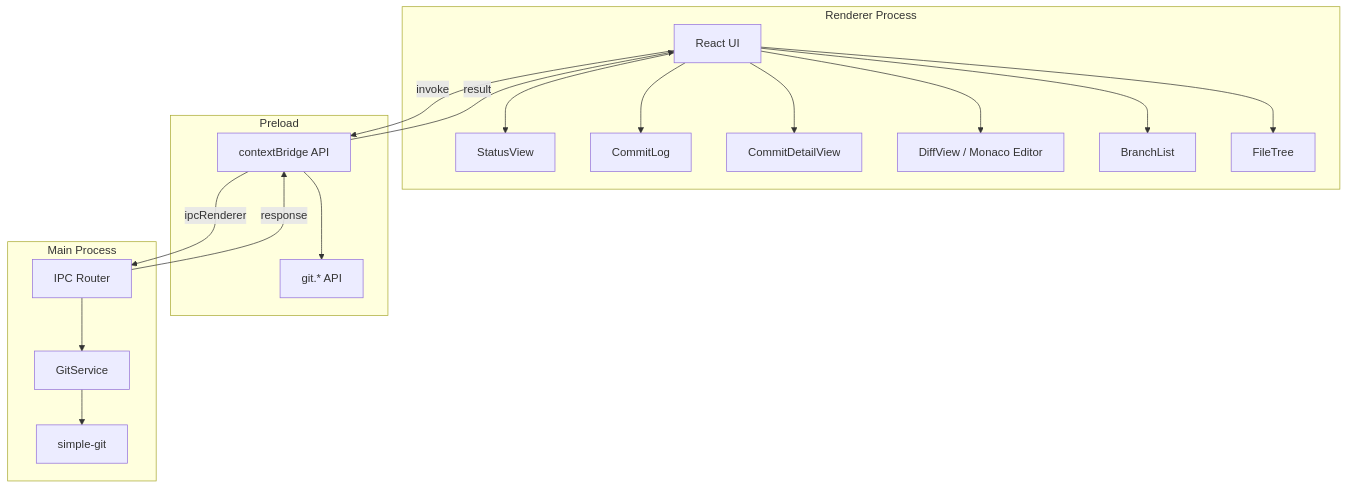
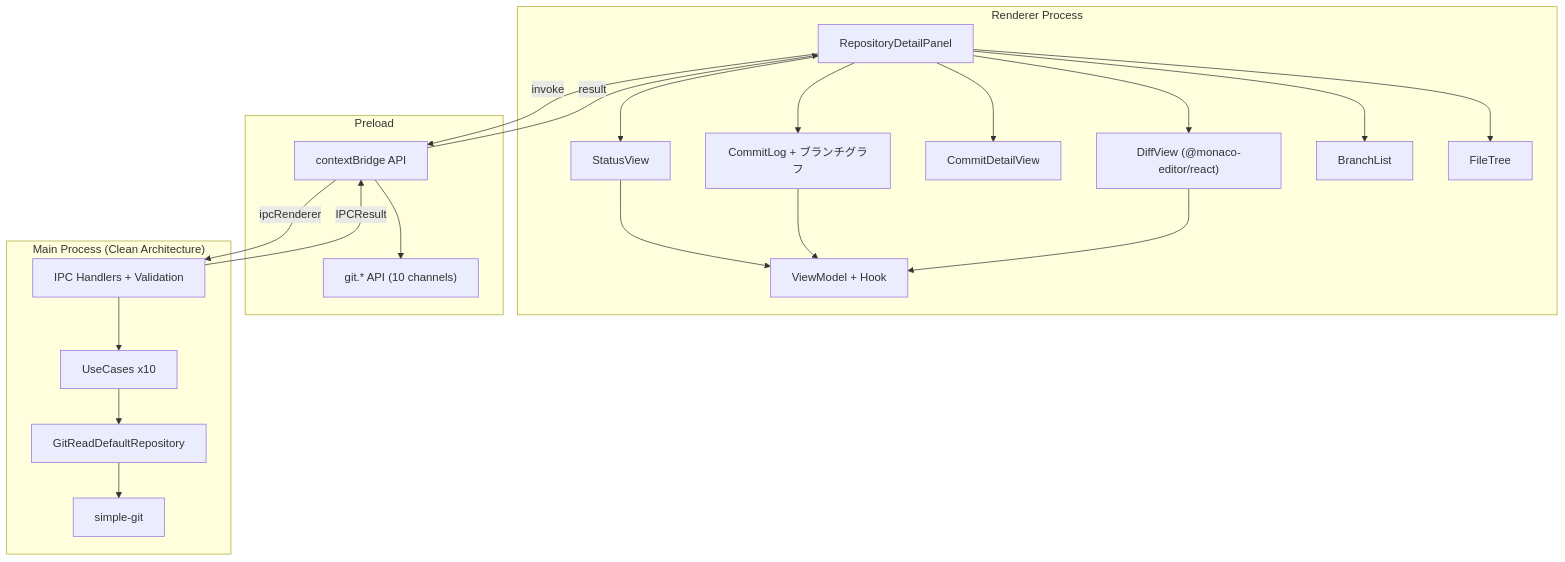
Before and after one commit to ToshikiImagawa/Buruma: the diagram in .sdd/specification/repository-viewer_design.md, drawn with Mermaid. The commit also changed other lines of this file and 89 other files, not shown here.

````diff
--- a/.sdd/specification/repository-viewer_design.md
+++ b/.sdd/specification/repository-viewer_design.md
@@ -90,37 +96,43 @@
 ```mermaid
 graph TD
     subgraph "Renderer Process"
-        React[React UI]
+        Panel[RepositoryDetailPanel]
         StatusView[StatusView]
-        CommitLog[CommitLog]
+        CommitLog[CommitLog + ブランチグラフ]
         CommitDetailView[CommitDetailView]
-        DiffView[DiffView / Monaco Editor]
+        DiffView["DiffView (@monaco-editor/react)"]
         BranchList[BranchList]
         FileTree[FileTree]
-        React --> StatusView
-        React --> CommitLog
-        React --> CommitDetailView
-        React --> DiffView
-        React --> BranchList
-        React --> FileTree
+        VM[ViewModel + Hook]
+        Panel --> StatusView
+        Panel --> CommitLog
+        Panel --> CommitDetailView
+        Panel --> DiffView
+        Panel --> BranchList
+        Panel --> FileTree
+        StatusView --> VM
+        CommitLog --> VM
+        DiffView --> VM
     end
 
     subgraph "Preload"
         Bridge[contextBridge API]
-        GitAPI["git.* API"]
+        GitAPI["git.* API (10 channels)"]
         Bridge --> GitAPI
     end
 
-    subgraph "Main Process"
-        IPCRouter[IPC Router]
-        GitService[GitService]
+    subgraph "Main Process (Clean Architecture)"
+        IPCHandlers[IPC Handlers + Validation]
+        UseCases[UseCases x10]
+        GitReadRepo[GitReadDefaultRepository]
         SimpleGit[simple-git]
-        IPCRouter --> GitService
-        GitService --> SimpleGit
+        IPCHandlers --> UseCases
+        UseCases --> GitReadRepo
+        GitReadRepo --> SimpleGit
     end
 
-    React -->|"invoke"| Bridge
-    Bridge -->|"ipcRenderer"| IPCRouter
-    IPCRouter -->|"response"| Bridge
-    Bridge -->|"result"| React
+    Panel -->|"invoke"| Bridge
+    Bridge -->|"ipcRenderer"| IPCHandlers
+    IPCHandlers -->|"IPCResult"| Bridge
+    Bridge -->|"result"| Panel
 ```
````
